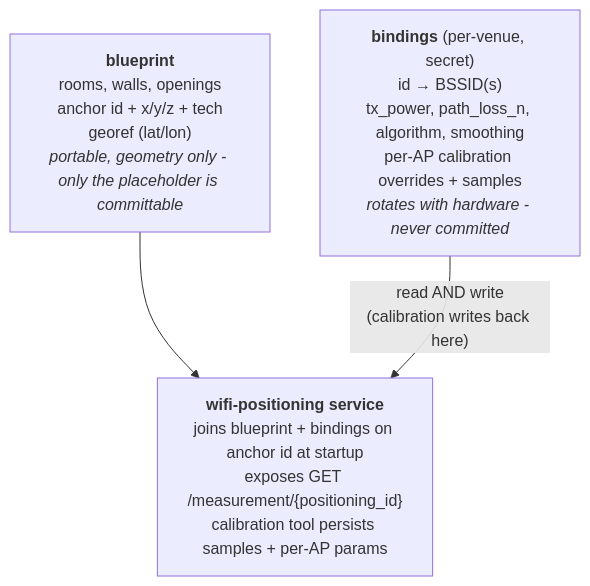
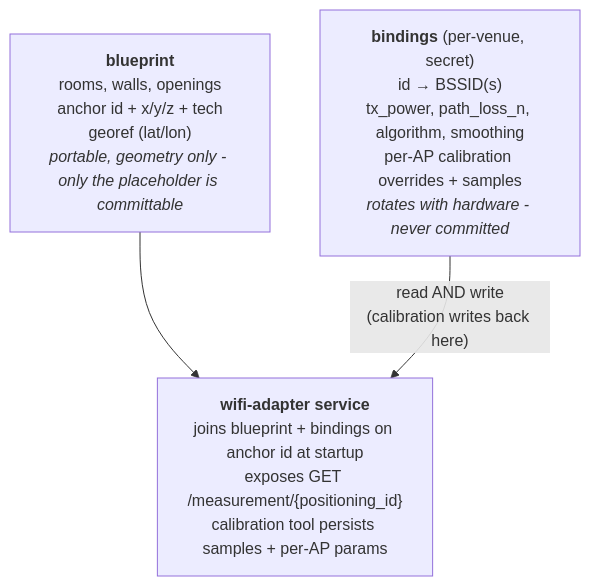
Before and after one commit to Jacobbista/5g-northbound: the first of 3 diagrams in docs/blueprint-vs-bindings.md, drawn with Mermaid. The commit also changed other lines of this file and 241 other files, not shown here.

````diff
--- a/docs/blueprint-vs-bindings.md
+++ b/docs/blueprint-vs-bindings.md
@@ -9,8 +9,8 @@
 ```mermaid
 flowchart TD
     BP["<b>blueprint</b><br/>rooms, walls, openings<br/>anchor id + x/y/z + tech<br/>georef (lat/lon)<br/><i>portable, geometry only - only the placeholder is committable</i>"]
     BN["<b>bindings</b> (per-venue, secret)<br/>id → BSSID(s)<br/>tx_power, path_loss_n, algorithm, smoothing<br/>per-AP calibration overrides + samples<br/><i>rotates with hardware - never committed</i>"]
-    WIFI["<b>wifi-positioning service</b><br/>joins blueprint + bindings on anchor id at startup<br/>exposes GET /measurement/{positioning_id}<br/>calibration tool persists samples + per-AP params"]
+    WIFI["<b>wifi-adapter service</b><br/>joins blueprint + bindings on anchor id at startup<br/>exposes GET /measurement/{positioning_id}<br/>calibration tool persists samples + per-AP params"]
     BP --> WIFI
     BN -->|"read AND write<br/>(calibration writes back here)"| WIFI
 ```
````
